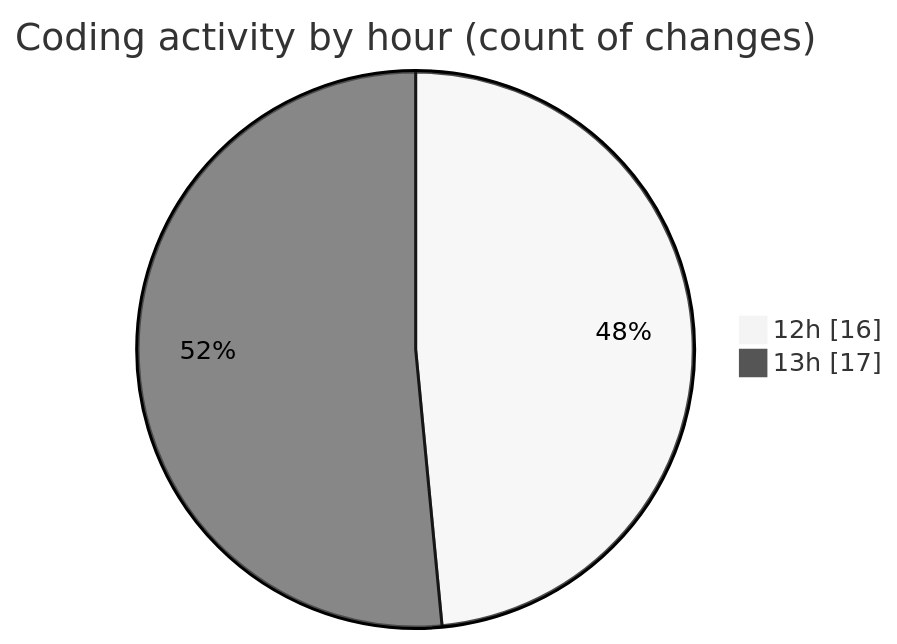
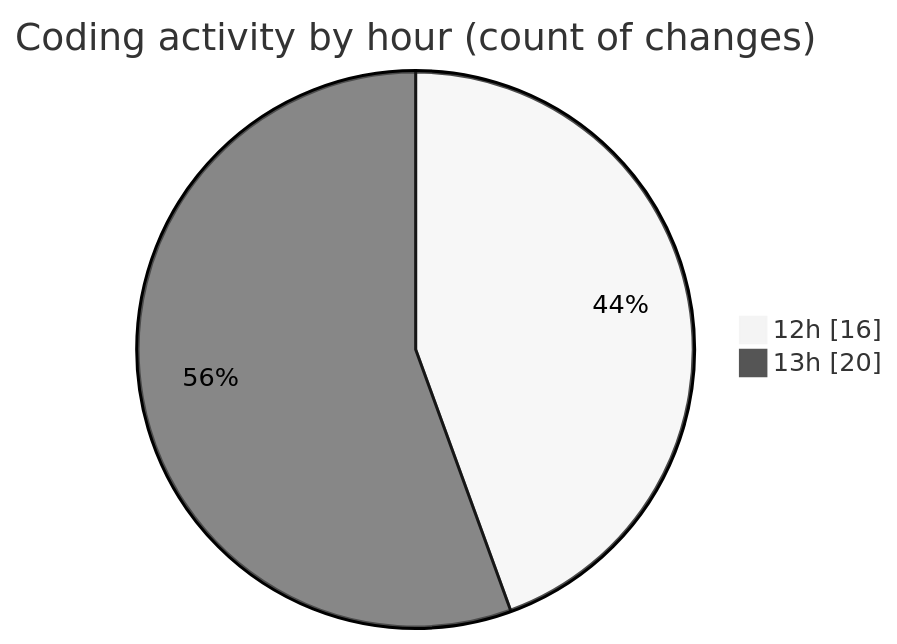
Before and after one commit to nxtqubesakshisongat/code-tracking: the second of 2 diagrams in 2025-06-27/nxtqube_webapp/README.md, drawn with Mermaid (neutral theme). The commit also changed other lines of this file and 1 other file, not shown here.

````diff
--- a/2025-06-27/nxtqube_webapp/README.md
+++ b/2025-06-27/nxtqube_webapp/README.md
@@ -30,6 +30,6 @@
 ```mermaid
 pie showData
 title Coding activity by hour (count of changes)
 "12h" : 16
-"13h" : 17
+"13h" : 20
 ```
````
